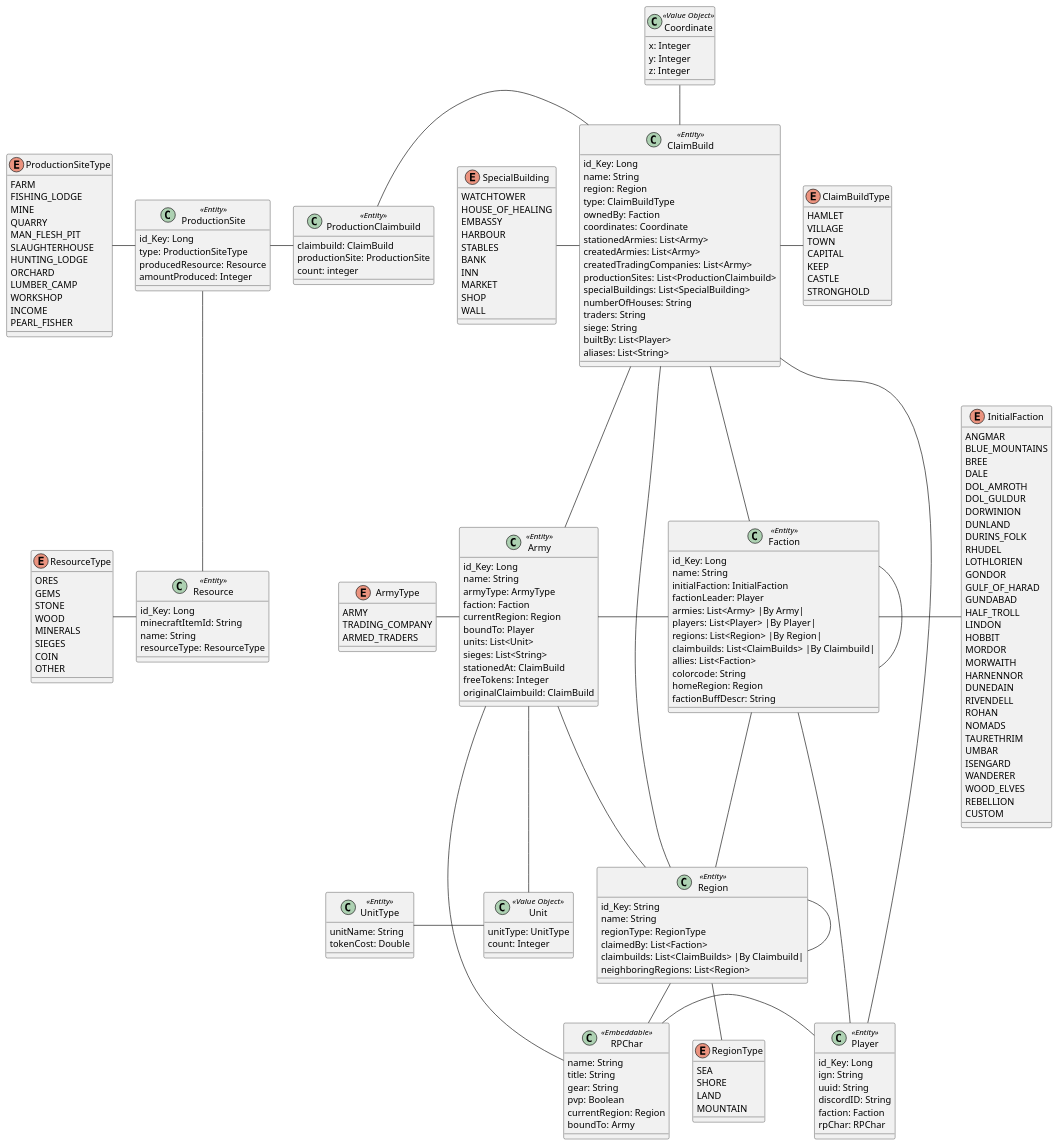
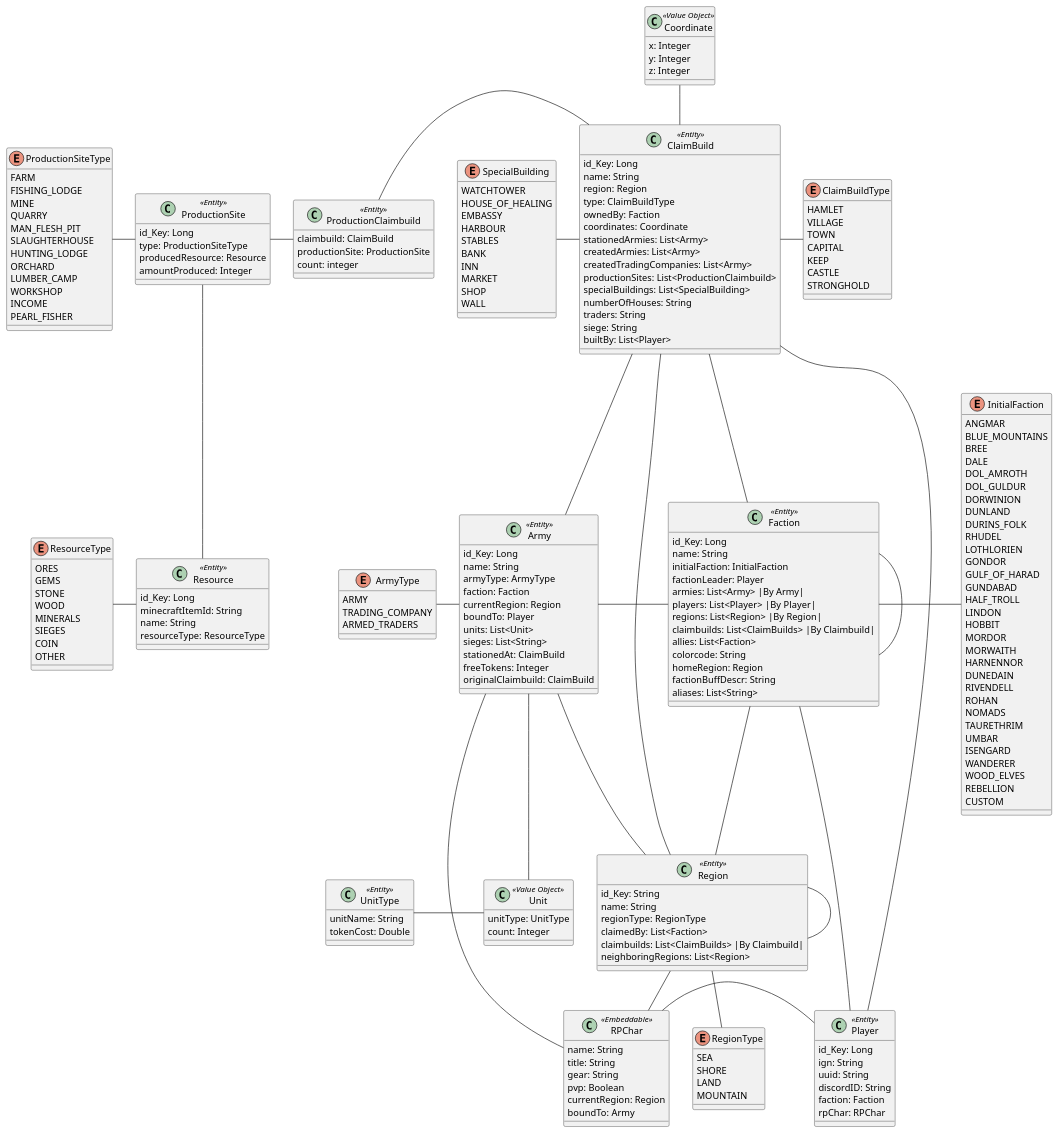
One commit to Team-KekX/Ardas-Legends-App changed the diagram in src/main/puml/ArdasLegendsDomain.puml. Above: the diagram before and after it, drawn with PlantUML.

Commit message:
Added aliases to factions

```diff
--- a/src/main/puml/ArdasLegendsDomain.puml
+++ b/src/main/puml/ArdasLegendsDomain.puml
@@ -31,7 +31,6 @@
     traders: String
     siege: String
     builtBy: List<Player>
-    aliases: List<String>
 }
 
 enum ClaimBuildType {
@@ -91,6 +90,8 @@
     colorcode: String
     homeRegion: Region
     factionBuffDescr: String
+    aliases: List<String>
+
 }
 
 class Player <<Entity>> {
```
